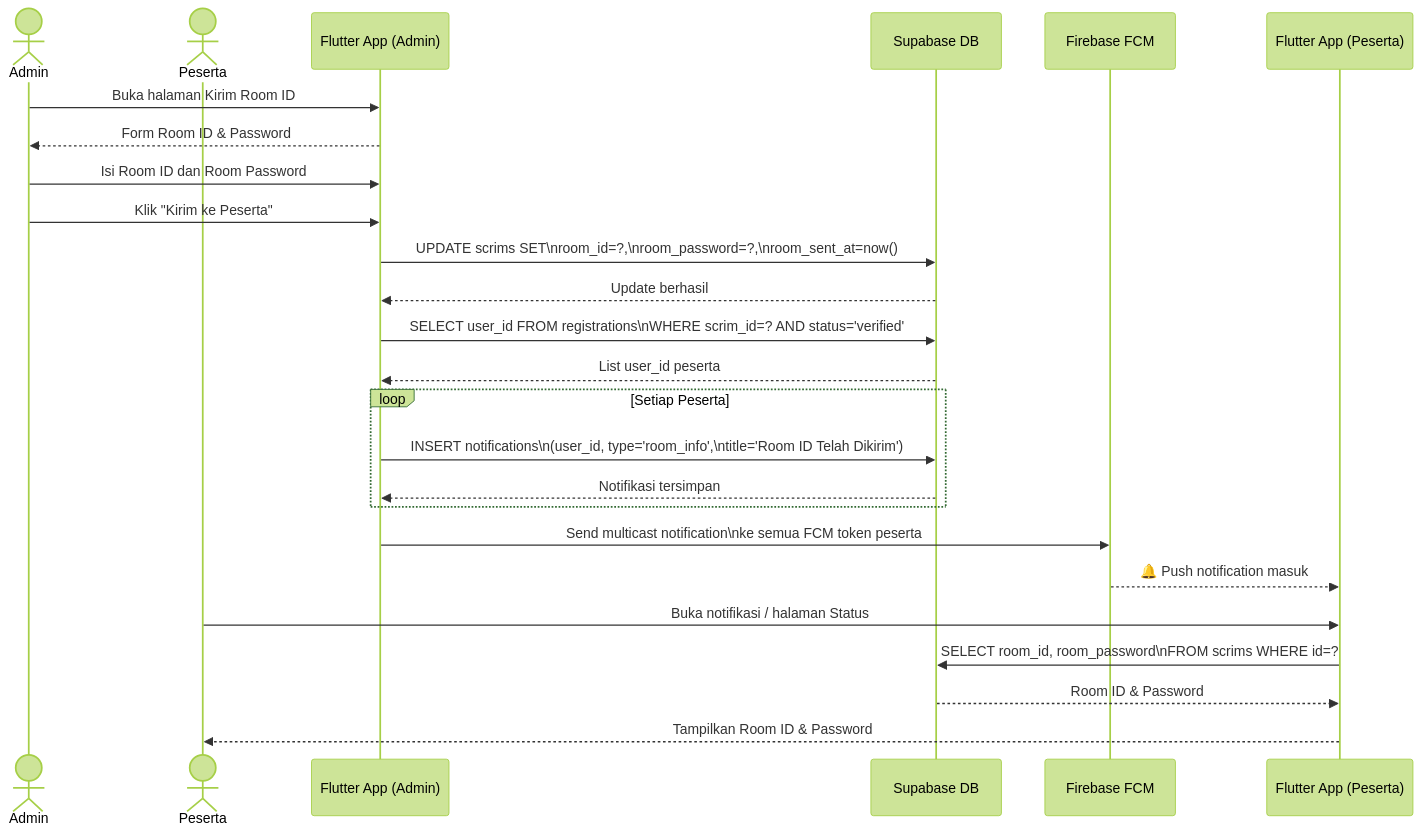
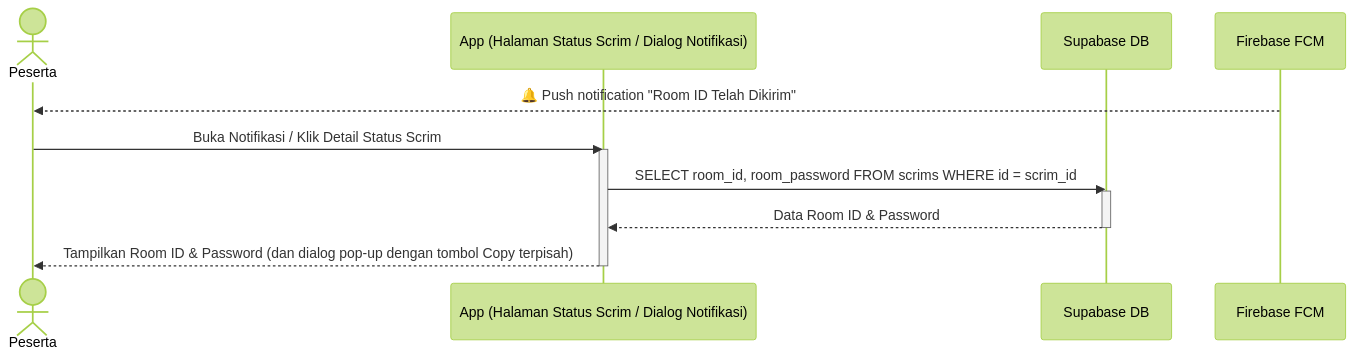
Diagram 30 of 47 in DOKUMENTASI.md (yosima050/booyahhub), drawn with Mermaid (forest theme) before and after one commit. The commit also changed other lines of this file, not shown here.

Commit message:
docs: update user flow documentation with expanded process steps and refined sequence diagrams

````diff
--- a/DOKUMENTASI.md
+++ b/DOKUMENTASI.md
@@ -1001,34 +1141,17 @@
 ```mermaid
 sequenceDiagram
-    actor Admin
     actor Peserta
-    participant AdminApp as Flutter App (Admin)
+    participant App as App (Halaman Status Scrim / Dialog Notifikasi)
     participant DB as Supabase DB
     participant FCM as Firebase FCM
-    participant PesertaApp as Flutter App (Peserta)
 
-    Admin->>AdminApp: Buka halaman Kirim Room ID
-    AdminApp-->>Admin: Form Room ID & Password
-
-    Admin->>AdminApp: Isi Room ID dan Room Password
-    Admin->>AdminApp: Klik "Kirim ke Peserta"
-
-    AdminApp->>DB: UPDATE scrims SET\nroom_id=?,\nroom_password=?,\nroom_sent_at=now()
-    DB-->>AdminApp: Update berhasil
-
-    AdminApp->>DB: SELECT user_id FROM registrations\nWHERE scrim_id=? AND status='verified'
-    DB-->>AdminApp: List user_id peserta
-
-    loop Setiap Peserta
-        AdminApp->>DB: INSERT notifications\n(user_id, type='room_info',\ntitle='Room ID Telah Dikirim')
-        DB-->>AdminApp: Notifikasi tersimpan
-    end
-
-    AdminApp->>FCM: Send multicast notification\nke semua FCM token peserta
-    FCM-->>PesertaApp: 🔔 Push notification masuk
-
-    Peserta->>PesertaApp: Buka notifikasi / halaman Status
-    PesertaApp->>DB: SELECT room_id, room_password\nFROM scrims WHERE id=?
-    DB-->>PesertaApp: Room ID & Password
-    PesertaApp-->>Peserta: Tampilkan Room ID & Password
+    FCM-->>Peserta: 🔔 Push notification "Room ID Telah Dikirim"
+    Peserta->>App: Buka Notifikasi / Klik Detail Status Scrim
+    activate App
+    App->>DB: SELECT room_id, room_password FROM scrims WHERE id = scrim_id
+    activate DB
+    DB-->>App: Data Room ID & Password
+    deactivate DB
+    App-->>Peserta: Tampilkan Room ID & Password (dan dialog pop-up dengan tombol Copy terpisah)
+    deactivate App
 ```
````
